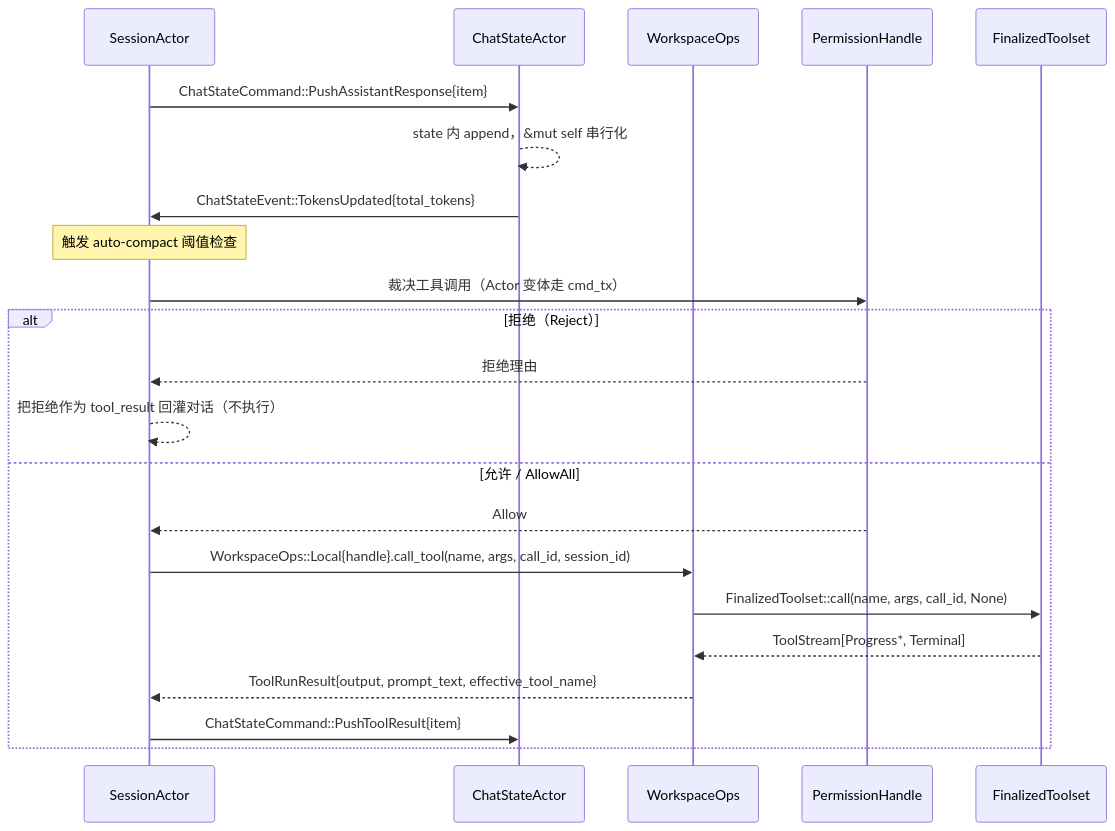
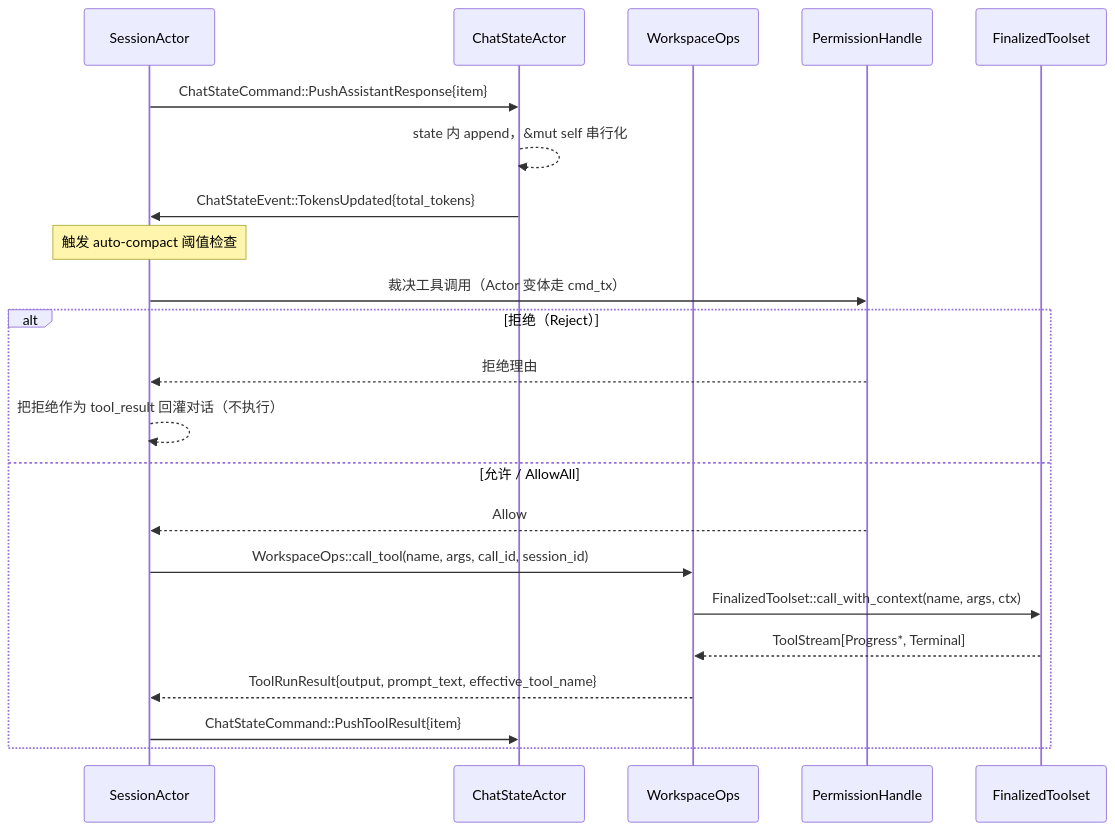
One commit to adrian9778/grok-build changed the second of 2 diagrams in docs/adrian/sourceReader/04-核心模块与类关系.md. Above: the diagram before and after it, drawn with Mermaid. The commit also changed other lines of this file and 18 other files, not shown here.

````diff
--- a/docs/adrian/sourceReader/04-核心模块与类关系.md
+++ b/docs/adrian/sourceReader/04-核心模块与类关系.md
@@ -402,26 +481,26 @@
 ```mermaid
 sequenceDiagram
     participant S as SessionActor
     participant C as ChatStateActor
     participant W as WorkspaceOps
     participant P as PermissionHandle
     participant T as FinalizedToolset
 
     S->>C: ChatStateCommand::PushAssistantResponse{item}
     C-->>C: state 内 append，&mut self 串行化
     C->>S: ChatStateEvent::TokensUpdated{total_tokens}
     Note over S: 触发 auto-compact 阈值检查
 
     S->>P: 裁决工具调用（Actor 变体走 cmd_tx）
     alt 拒绝（Reject）
         P-->>S: 拒绝理由
         S-->>S: 把拒绝作为 tool_result 回灌对话（不执行）
     else 允许 / AllowAll
         P-->>S: Allow
-        S->>W: WorkspaceOps::Local{handle}.call_tool(name, args, call_id, session_id)
-        W->>T: FinalizedToolset::call(name, args, call_id, None)
+        S->>W: WorkspaceOps::call_tool(name, args, call_id, session_id)
+        W->>T: FinalizedToolset::call_with_context(name, args, ctx)
         T-->>W: ToolStream[Progress*, Terminal]
         W-->>S: ToolRunResult{output, prompt_text, effective_tool_name}
         S->>C: ChatStateCommand::PushToolResult{item}
     end
 ```
````
